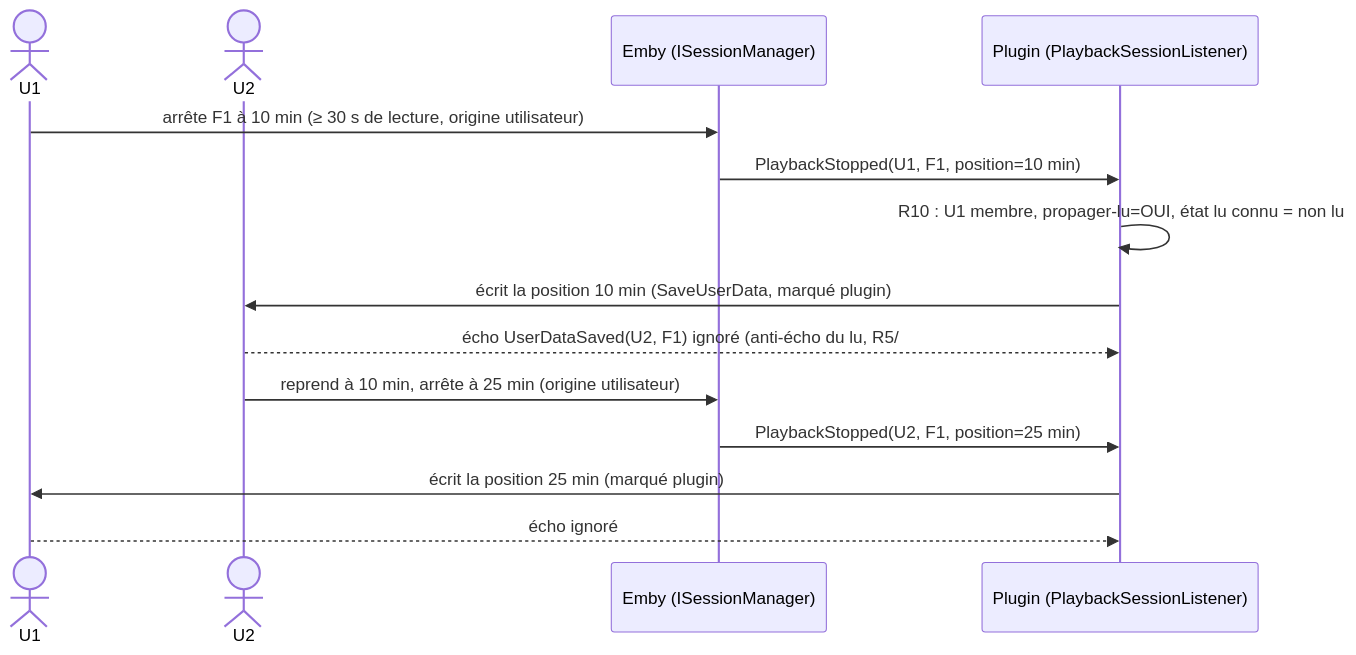
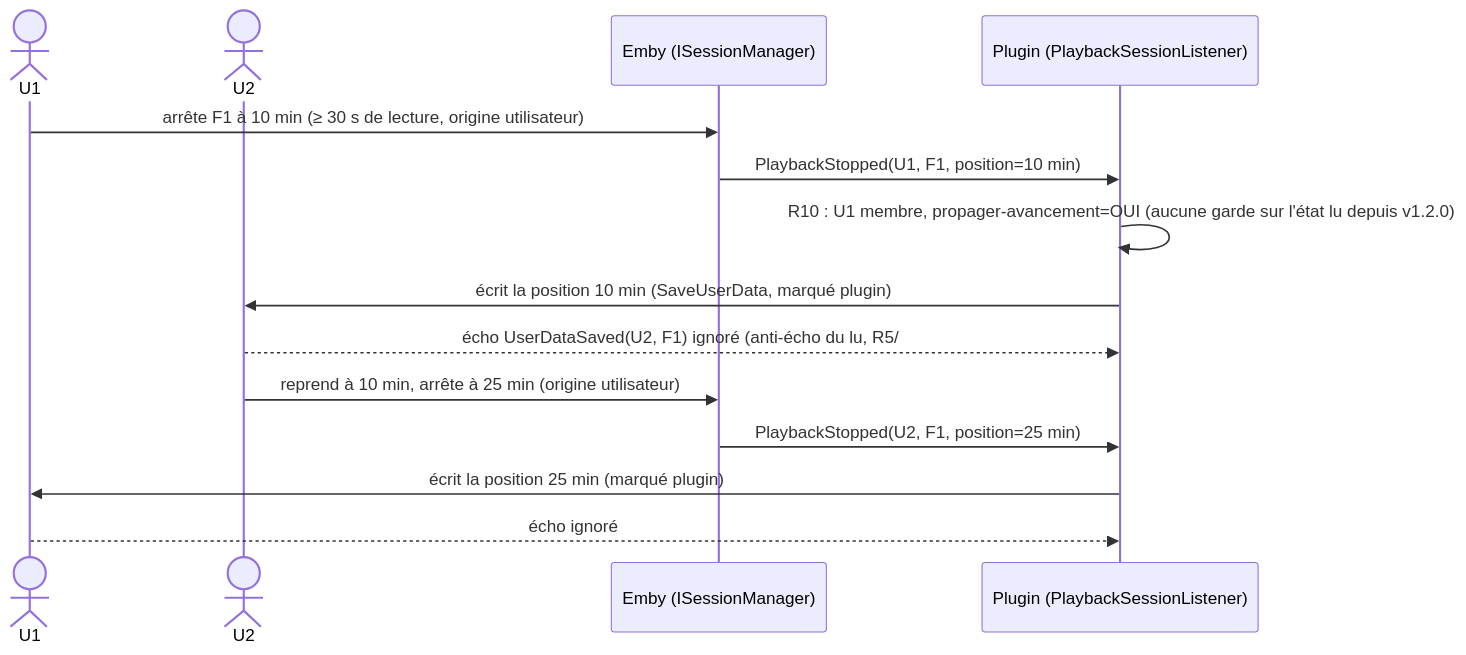
Before and after one commit to CCoupel/Emby_PlaySync: the fifth of 7 diagrams in docs/chronogrammes.md, drawn with Mermaid. The commit also changed other lines of this file and 5 other files, not shown here.

````diff
--- a/docs/chronogrammes.md
+++ b/docs/chronogrammes.md
@@ -399,16 +437,16 @@
 ```mermaid
 sequenceDiagram
     actor U1
     actor U2
     participant S as Emby (ISessionManager)
     participant P as Plugin (PlaybackSessionListener)
     U1->>S: arrête F1 à 10 min (≥ 30 s de lecture, origine utilisateur)
     S->>P: PlaybackStopped(U1, F1, position=10 min)
-    P->>P: R10 : U1 membre, propager-lu=OUI, état lu connu = non lu
+    P->>P: R10 : U1 membre, propager-avancement=OUI (aucune garde sur l'état lu depuis v1.2.0)
     P->>U2: écrit la position 10 min (SaveUserData, marqué plugin)
     U2-->>P: écho UserDataSaved(U2, F1) ignoré (anti-écho du lu, R5/#21)
     U2->>S: reprend à 10 min, arrête à 25 min (origine utilisateur)
     S->>P: PlaybackStopped(U2, F1, position=25 min)
     P->>U1: écrit la position 25 min (marqué plugin)
     U1-->>P: écho ignoré
 ```
````
